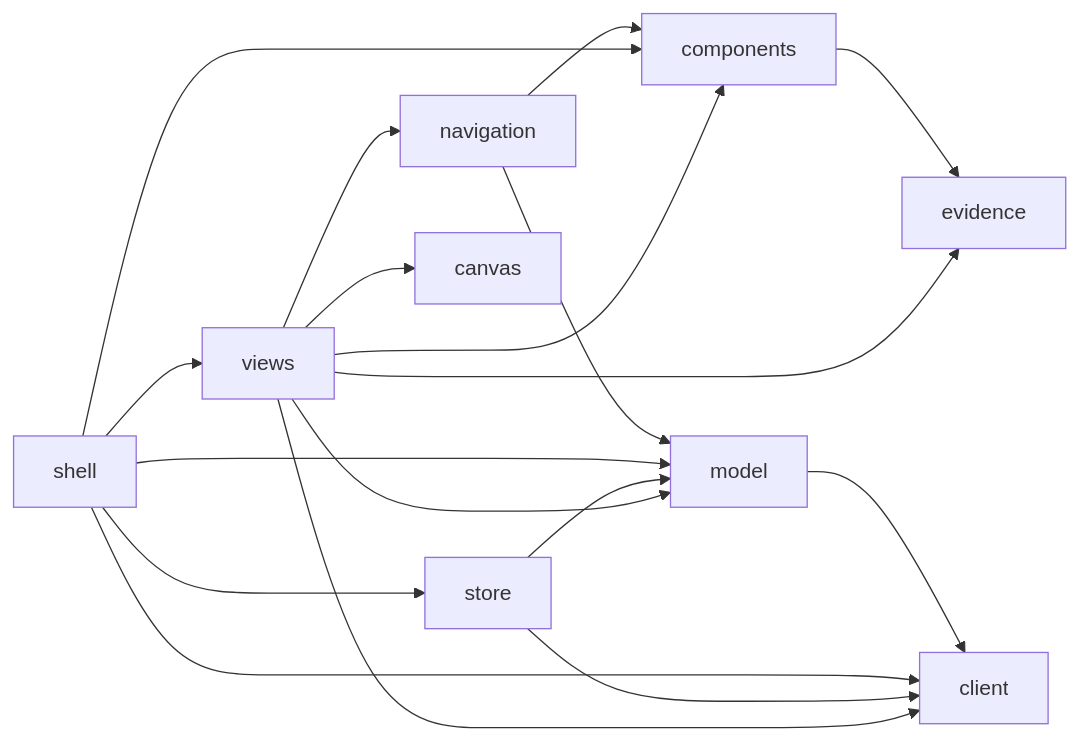
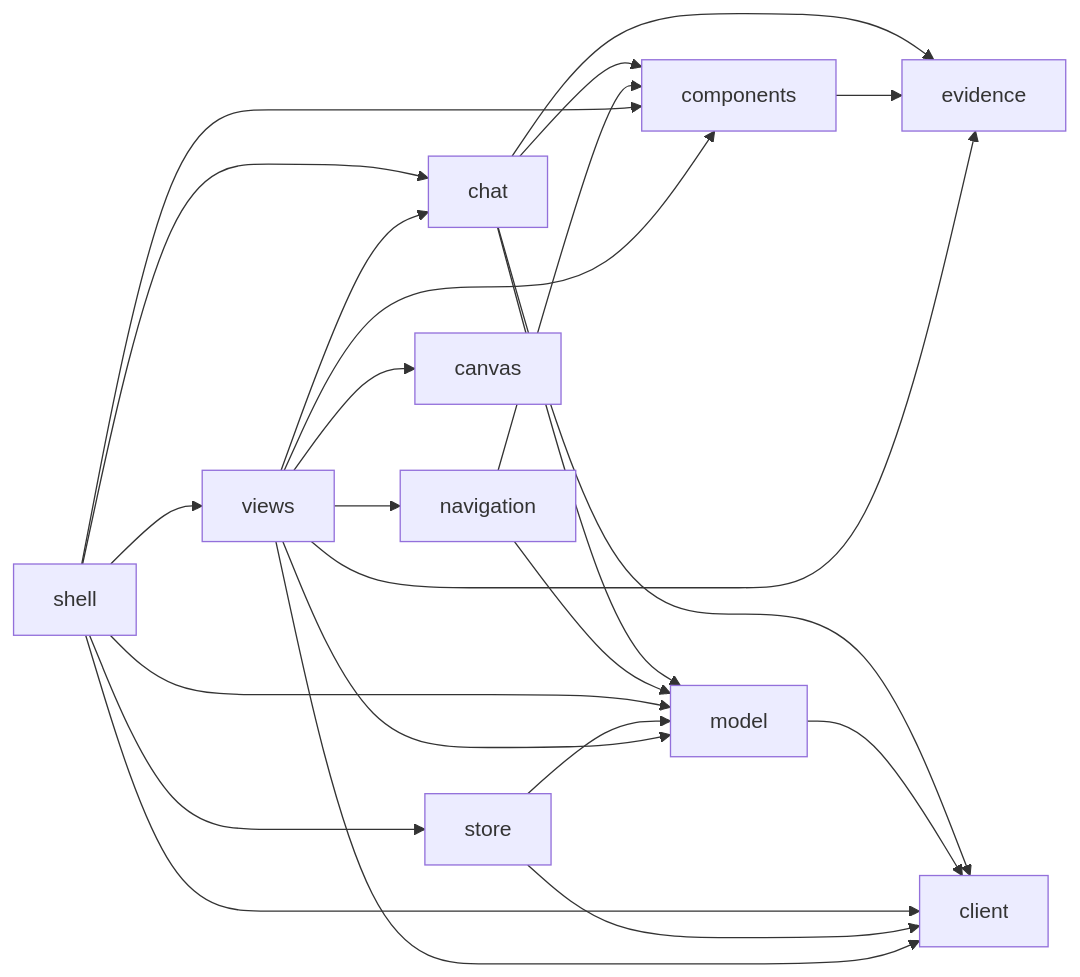
The diagram in src/archkeel/studio/ui/AGENTS.md (rapiddweller/archkeel), drawn with Mermaid before and after one commit. The commit also changed 5 other files, not shown here.

````diff
--- a/src/archkeel/studio/ui/AGENTS.md
+++ b/src/archkeel/studio/ui/AGENTS.md
@@ -28,20 +28,26 @@
 ```mermaid
 flowchart LR
+    chat --> client
+    chat --> components
+    chat --> evidence
+    chat --> model
     components --> evidence
     model --> client
     navigation --> components
     navigation --> model
+    shell --> chat
     shell --> client
     shell --> components
     shell --> model
     shell --> store
     shell --> views
     store --> client
     store --> model
     views --> canvas
+    views --> chat
     views --> client
     views --> components
     views --> evidence
     views --> model
     views --> navigation
 ```
````
